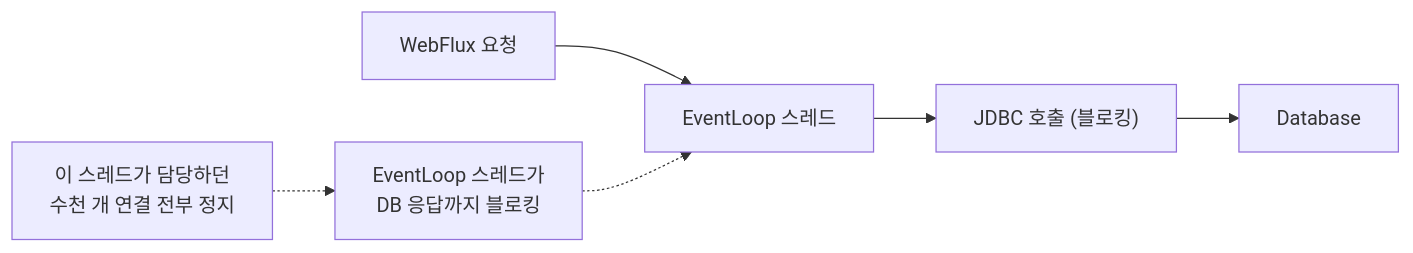
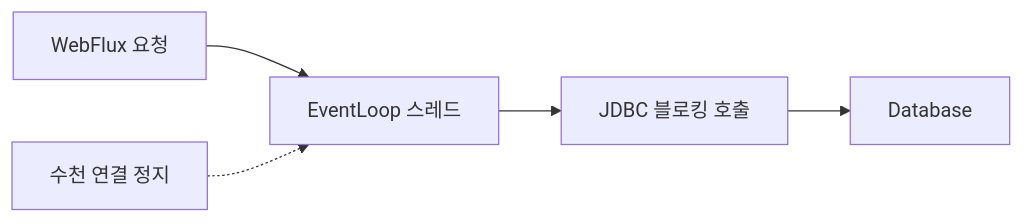
The ninth of 12 diagrams in _posts/server/2026-05-01-tomcat-vs-netty.md (yjkim2015/yjkim2015.github.io), drawn with Mermaid before and after one commit. The commit also changed other lines of this file and 245 other files, not shown here.

First line of the commit message:
Mermaid 다이어그램 전면 수정 + 면접 포인트 접기/펼치기 + DB 데드락 페이지

````diff
--- a/_posts/server/2026-05-01-tomcat-vs-netty.md
+++ b/_posts/server/2026-05-01-tomcat-vs-netty.md
@@ -327,8 +323,7 @@
 ```mermaid
 graph LR
     WF["WebFlux 요청"] --> EL["EventLoop 스레드"]
-    EL --> JDBC["JDBC 호출 (블로킹)"]
+    EL --> JDBC["JDBC 블로킹 호출"]
     JDBC --> DB["Database"]
-    Note1["EventLoop 스레드가\nDB 응답까지 블로킹"] -.-> EL
-    Note2["이 스레드가 담당하던\n수천 개 연결 전부 정지"] -.-> Note1
+    WARN["수천 연결 정지"] -.-> EL
 ```
````
